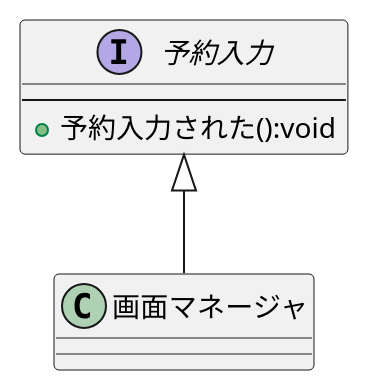
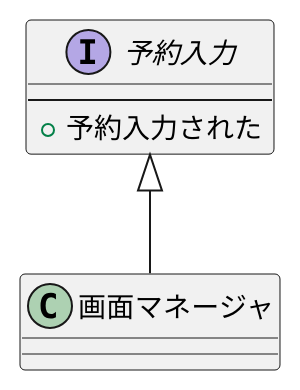
Before and after one commit to syutamorijyobi/uml-introduction: the diagram in 例題3-1_予約入力インターフェース.pu, drawn with PlantUML.

Commit message:
変更

```diff
--- a/例題3-1_予約入力インターフェース.pu
+++ b/例題3-1_予約入力インターフェース.pu
@@ -1,8 +1,8 @@
 @startuml
 interface 予約入力 {
 ---
-+ 予約入力された():void
++ 予約入力された
 }
 class 画面マネージャ
 予約入力 <|-down- 画面マネージャ
 @enduml
```
